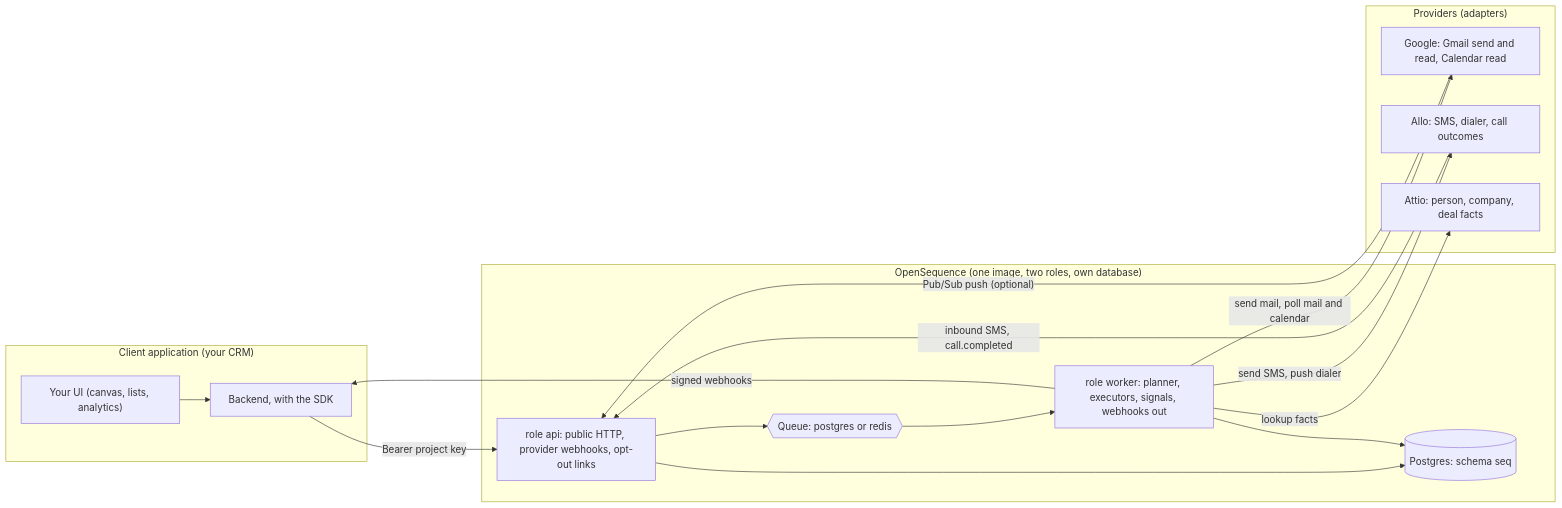
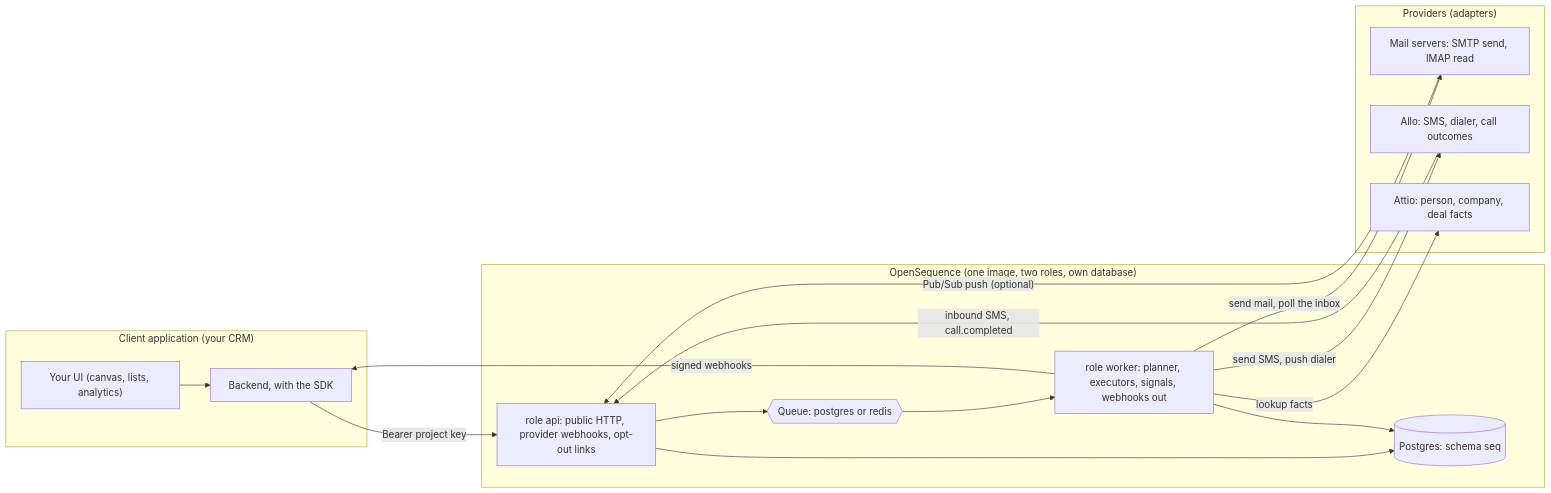
The first of 12 diagrams in docs/ARCHITECTURE.md (lguerberg/open-sequence), drawn with Mermaid before and after one commit. The commit also changed other lines of this file and 140 other files, not shown here.

First line of the commit message:
Remove Gmail and Google OAuth: email is SMTP and IMAP only

````diff
--- a/docs/ARCHITECTURE.md
+++ b/docs/ARCHITECTURE.md
@@ -102,30 +99,30 @@
 ```mermaid
 flowchart LR
   subgraph CL["Client application (your CRM)"]
     APP["Backend, with the SDK"]
     UI["Your UI (canvas, lists, analytics)"]
   end
   subgraph SV["OpenSequence (one image, two roles, own database)"]
     API["role api: public HTTP, provider webhooks, opt-out links"]
     WK["role worker: planner, executors, signals, webhooks out"]
     DB[("Postgres: schema seq")]
     Q{{"Queue: postgres or redis"}}
   end
   subgraph EXT["Providers (adapters)"]
-    GO["Google: Gmail send and read, Calendar read"]
+    GO["Mail servers: SMTP send, IMAP read"]
     AL["Allo: SMS, dialer, call outcomes"]
     AT["Attio: person, company, deal facts"]
   end
   UI --> APP
   APP -->|"Bearer project key"| API
   API --> DB
   API --> Q
   WK --> DB
   Q --> WK
-  WK -->|"send mail, poll mail and calendar"| GO
+  WK -->|"send mail, poll the inbox"| GO
   WK -->|"send SMS, push dialer"| AL
   WK -->|"lookup facts"| AT
   GO -->|"Pub/Sub push (optional)"| API
   AL -->|"inbound SMS, call.completed"| API
   WK -->|"signed webhooks"| APP
 ```
````
